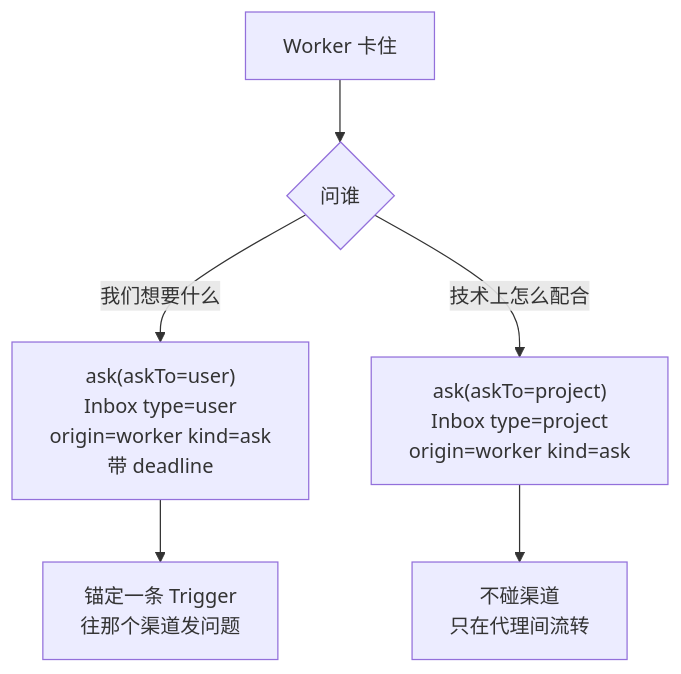
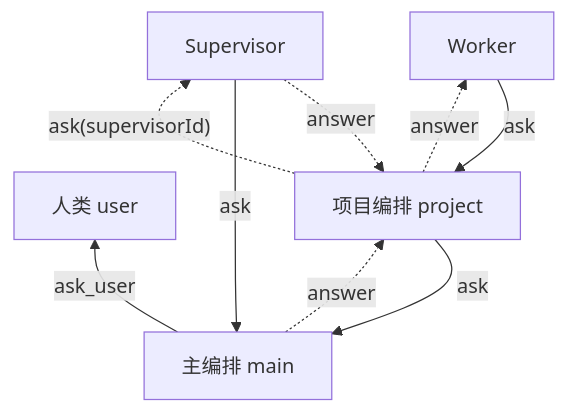
The seventh of 18 diagrams in docs/flow.md (hairyf/dsh-nexus), drawn with Mermaid before and after one commit. The commit also changed other lines of this file and 7 other files, not shown here.

````diff
--- a/docs/flow.md
+++ b/docs/flow.md
@@ -232,10 +239,18 @@
 ```mermaid
-flowchart TD
-    W["Worker 卡住"] --> WH{"问谁"}
+flowchart BT
+    U["人类 user"]
+    M["主编排 main"]
+    P["项目编排 project"]
+    W["Worker"]
+    S["Supervisor"]
 
-    WH -->|"我们想要什么"| U["ask(askTo=user)<br/>Inbox type=user<br/>origin=worker kind=ask<br/>带 deadline"]
-    WH -->|"技术上怎么配合"| P["ask(askTo=project)<br/>Inbox type=project<br/>origin=worker kind=ask"]
+    W -->|"ask"| P
+    P -->|"ask"| M
+    S -->|"ask"| M
+    M -->|"ask_user"| U
 
-    U --> CHOUT["锚定一条 Trigger<br/>往那个渠道发问题"]
-    P --> NONECH["不碰渠道<br/>只在代理间流转"]
+    P -.->|"ask(supervisorId)"| S
+    S -.->|"answer"| P
+    M -.->|"answer"| P
+    P -.->|"answer"| W
 ```
````
